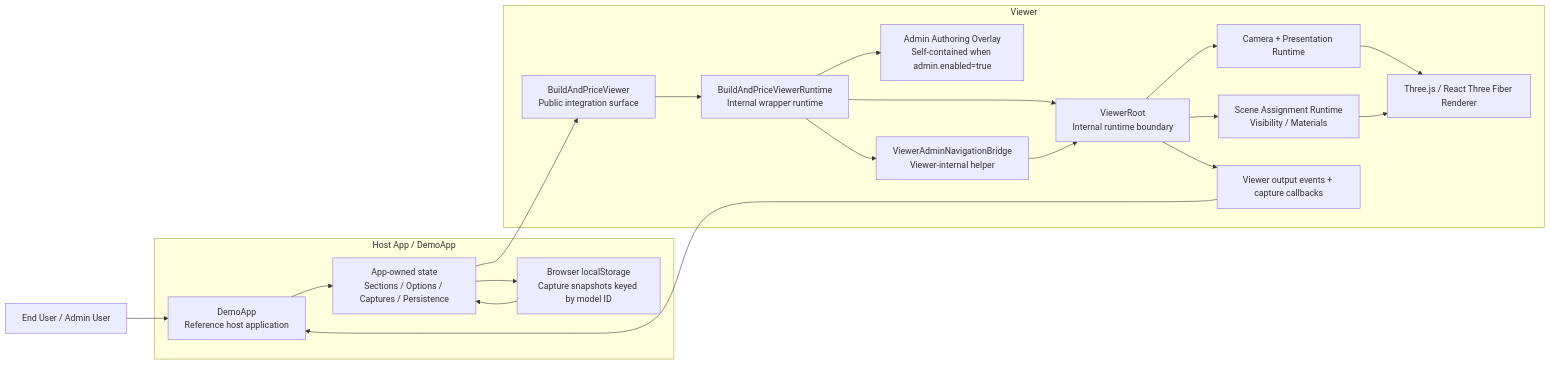
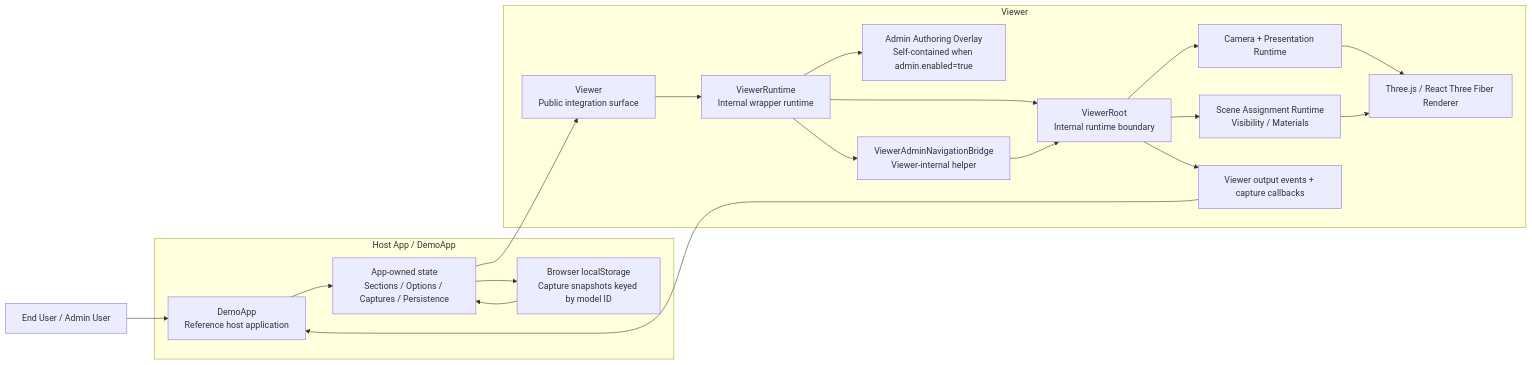
One commit to EBjornson/viewer-docs changed the first of 5 diagrams in docs/architecture.md. Above: the diagram before and after it, drawn with Mermaid. The commit also changed other lines of this file and 8 other files, not shown here.

````diff
--- a/docs/architecture.md
+++ b/docs/architecture.md
@@ -17,40 +17,40 @@
 ```mermaid
 flowchart LR
     U[End User / Admin User]
 
     subgraph APP[Host App / DemoApp]
         DA[DemoApp\nReference host application]
         APPSTATE[App-owned state\nSections / Options / Captures / Persistence]
         STORAGE[Browser localStorage\nCapture snapshots keyed by model ID]
     end
 
     subgraph VIEWER[Viewer]
-        PUB[BuildAndPriceViewer\nPublic integration surface]
-        RUNTIME[BuildAndPriceViewerRuntime\nInternal wrapper runtime]
+        PUB[Viewer\nPublic integration surface]
+        RUNTIME[ViewerRuntime\nInternal wrapper runtime]
         AUTHORING[Admin Authoring Overlay\nSelf-contained when admin.enabled=true]
         BRIDGE[ViewerAdminNavigationBridge\nViewer-internal helper]
         ROOT[ViewerRoot\nInternal runtime boundary]
         SCENE[Scene Assignment Runtime\nVisibility / Materials]
         CAM[Camera + Presentation Runtime]
         RENDER[Three.js / React Three Fiber Renderer]
         OUT[Viewer output events + capture callbacks]
     end
 
     U --> DA
     DA --> APPSTATE
     APPSTATE --> STORAGE
     STORAGE --> APPSTATE
 
     APPSTATE --> PUB
     PUB --> RUNTIME
     RUNTIME --> AUTHORING
     RUNTIME --> BRIDGE
     RUNTIME --> ROOT
     BRIDGE --> ROOT
     ROOT --> CAM
     ROOT --> SCENE
     CAM --> RENDER
     SCENE --> RENDER
     ROOT --> OUT
     OUT --> DA
 ```
````
